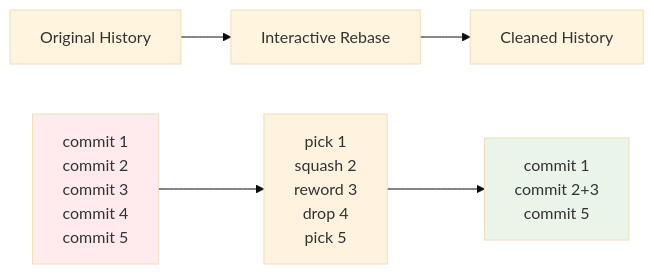
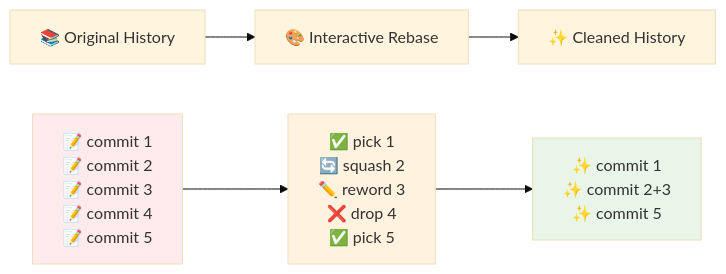
Before and after one commit to thetorangi/all-about-git: the fourth of 6 diagrams in README.md, drawn with Mermaid (base theme). The commit also changed other lines of this file, not shown here.

````diff
--- a/README.md
+++ b/README.md
@@ -313,12 +313,12 @@
 ```mermaid
 flowchart LR
-    A[Original History] --> B[Interactive Rebase]
-    B --> C[Cleaned History]
+    A[📚 Original History] --> B[🎨 Interactive Rebase]
+    B --> C[✨ Cleaned History]
     
-    A1[commit 1<br/>commit 2<br/>commit 3<br/>commit 4<br/>commit 5] --> B1[pick 1<br/>squash 2<br/>reword 3<br/>drop 4<br/>pick 5]
-    B1 --> C1[commit 1<br/>commit 2+3<br/>commit 5]
+    A1[📝 commit 1<br/>📝 commit 2<br/>📝 commit 3<br/>📝 commit 4<br/>📝 commit 5] --> B1[✅ pick 1<br/>🔄 squash 2<br/>✏️ reword 3<br/>❌ drop 4<br/>✅ pick 5]
+    B1 --> C1[✨ commit 1<br/>✨ commit 2+3<br/>✨ commit 5]
     
     style A1 fill:#ffebee
     style B1 fill:#fff3e0
     style C1 fill:#e8f5e8
 ```
````
